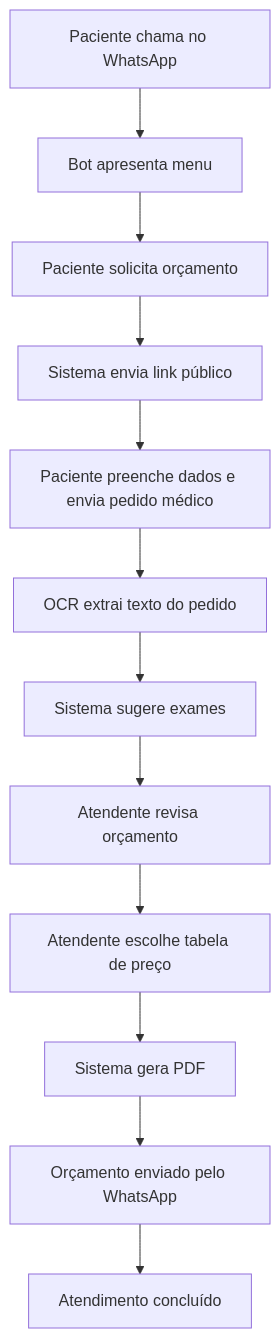
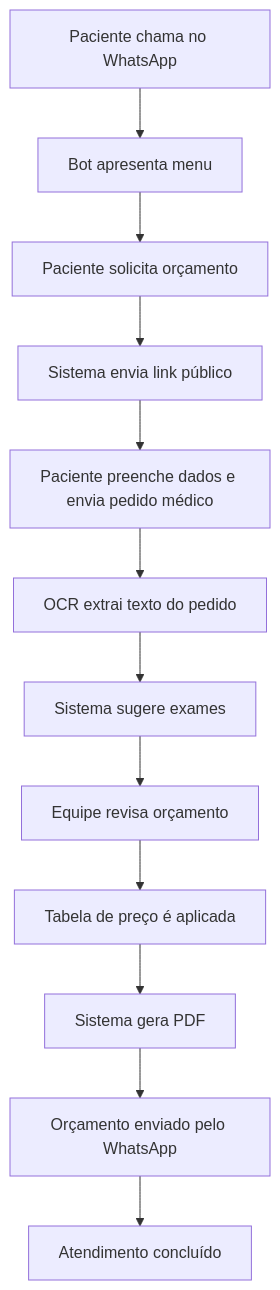
The first of 2 diagrams in README.md (Gustavix320/labflow-case-study), drawn with Mermaid before and after one commit. The commit also changed other lines of this file, not shown here.

````diff
--- a/README.md
+++ b/README.md
@@ -224,14 +74,14 @@
 ```mermaid
 flowchart TD
     A[Paciente chama no WhatsApp] --> B[Bot apresenta menu]
     B --> C[Paciente solicita orçamento]
     C --> D[Sistema envia link público]
     D --> E[Paciente preenche dados e envia pedido médico]
     E --> F[OCR extrai texto do pedido]
     F --> G[Sistema sugere exames]
-    G --> H[Atendente revisa orçamento]
-    H --> I[Atendente escolhe tabela de preço]
+    G --> H[Equipe revisa orçamento]
+    H --> I[Tabela de preço é aplicada]
     I --> J[Sistema gera PDF]
     J --> K[Orçamento enviado pelo WhatsApp]
     K --> L[Atendimento concluído]
 ```
````
